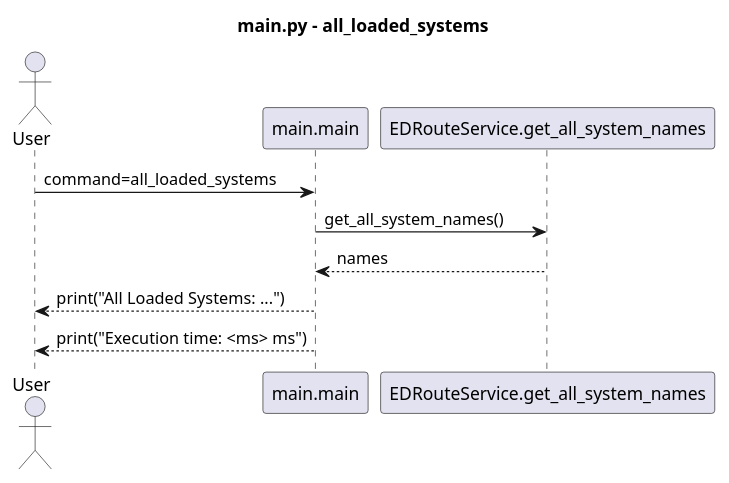
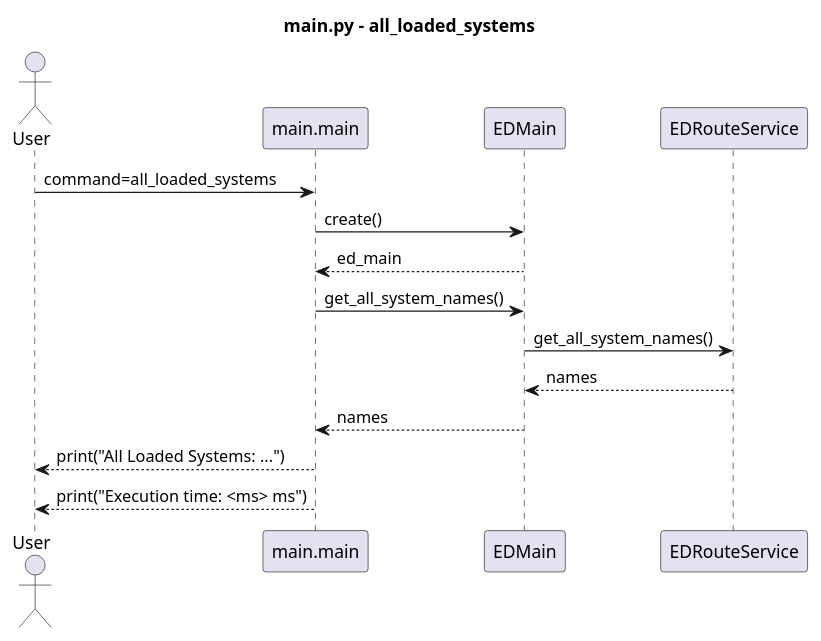
Before and after one commit to fazleskhan/elite_dangerous_discord_tools: the second of 7 diagrams in docs/main_sequences.puml, drawn with PlantUML. The commit also changed other lines of this file and 73 other files, not shown here.

Commit message:
updated diagrams, readme, code comments and blacked source

```diff
--- a/docs/main_sequences.puml
+++ b/docs/main_sequences.puml
@@ -1,13 +16,18 @@
 @startuml main_all_loaded_systems
 title main.py - all_loaded_systems
 
 actor User
 participant "main.main" as Main
-participant "EDRouteService.get_all_system_names" as Route
+participant "EDMain" as EDMain
+participant "EDRouteService" as Route
 
 User -> Main : command=all_loaded_systems
-Main -> Route : get_all_system_names()
-Route --> Main : names
+Main -> EDMain : create()
+EDMain --> Main : ed_main
+Main -> EDMain : get_all_system_names()
+EDMain -> Route : get_all_system_names()
+Route --> EDMain : names
+EDMain --> Main : names
 Main --> User : print("All Loaded Systems: ...")
 Main --> User : print("Execution time: <ms> ms")
 @enduml
```
